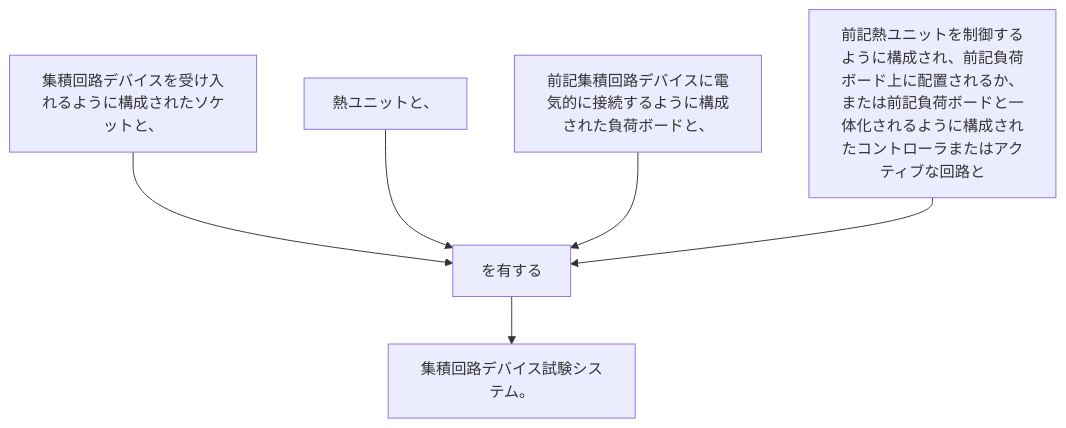
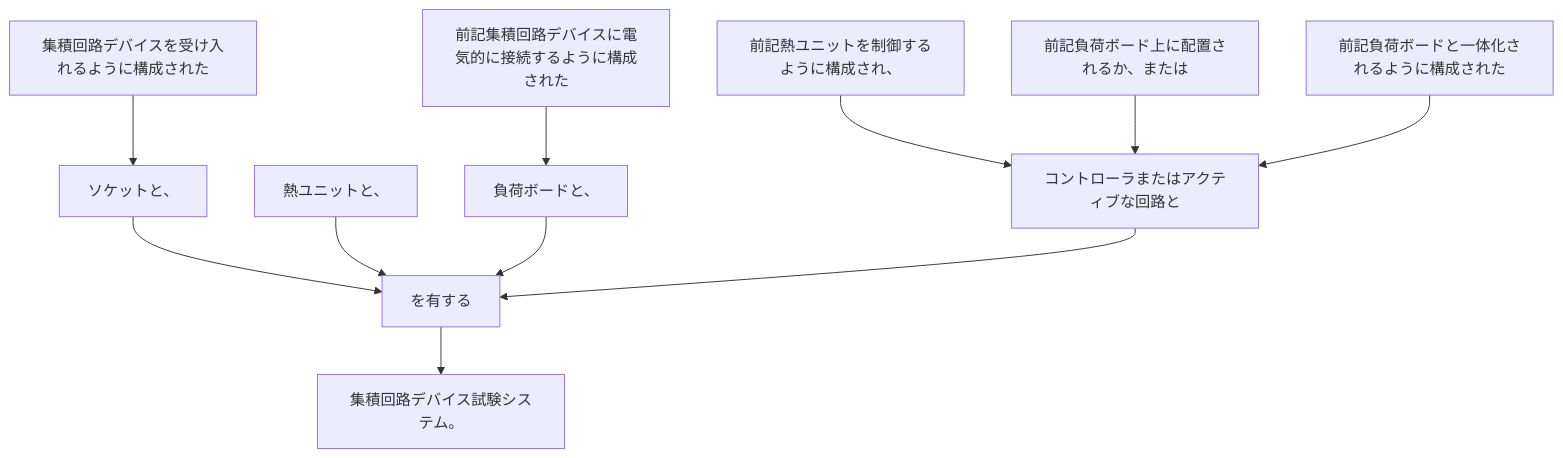
Before and after one commit to shinmori55/patent_analyzed: the diagram in 2024/JP2024023283A/claim_36/README.md, drawn with Mermaid. The commit also changed 336 other files, not shown here.

````diff
--- a/2024/JP2024023283A/claim_36/README.md
+++ b/2024/JP2024023283A/claim_36/README.md
@@ -5,14 +5,24 @@
 ```mermaid
 flowchart TD
-A[集積回路デバイスを受け入れるように構成されたソケットと、]
-B[熱ユニットと、]
-C[前記集積回路デバイスに電気的に接続するように構成された負荷ボードと、]
-D[前記熱ユニットを制御するように構成され、前記負荷ボード上に配置されるか、または前記負荷ボードと一体化されるように構成されたコントローラまたはアクティブな回路と]
-E[を有する]
-F[集積回路デバイス試験システム。]
-A --> E
-B --> E
-C --> E
+A[集積回路デバイスを受け入れるように構成された]
+B[ソケットと、]
+C[熱ユニットと、]
+D[前記集積回路デバイスに電気的に接続するように構成された]
+E[負荷ボードと、]
+F[前記熱ユニットを制御するように構成され、]
+G[前記負荷ボード上に配置されるか、または]
+H[前記負荷ボードと一体化されるように構成された]
+I[コントローラまたはアクティブな回路と]
+J[を有する]
+K[集積回路デバイス試験システム。]
+A --> B
+B --> J
+C --> J
 D --> E
-E --> F
+E --> J
+F --> I
+G --> I
+H --> I
+I --> J
+J --> K
 ```
````
